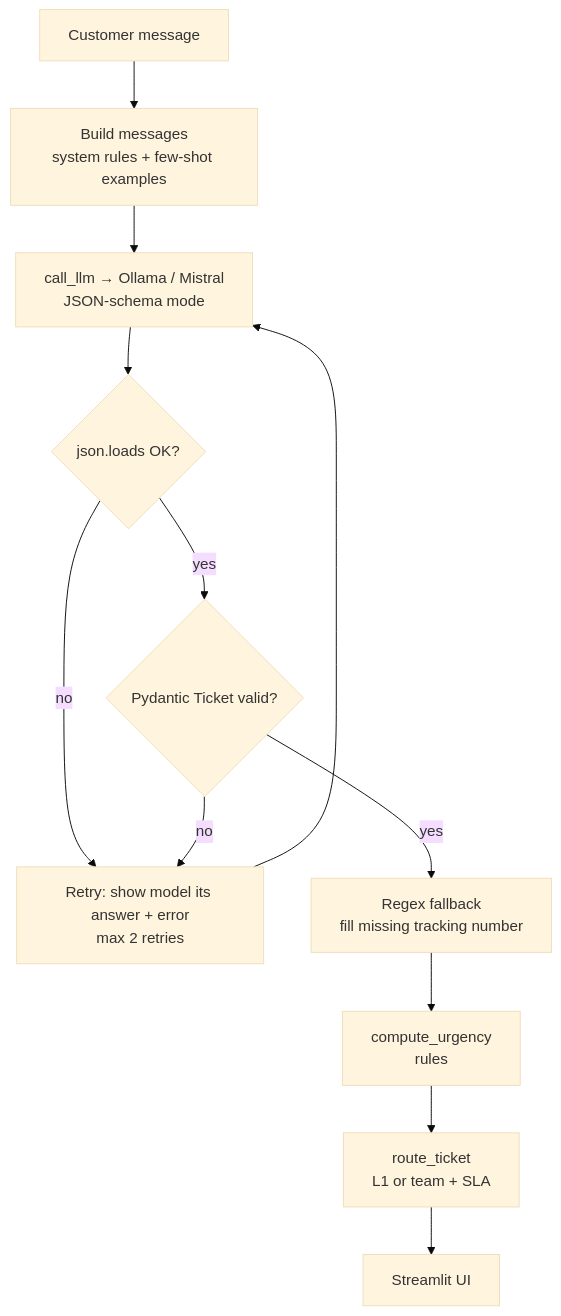
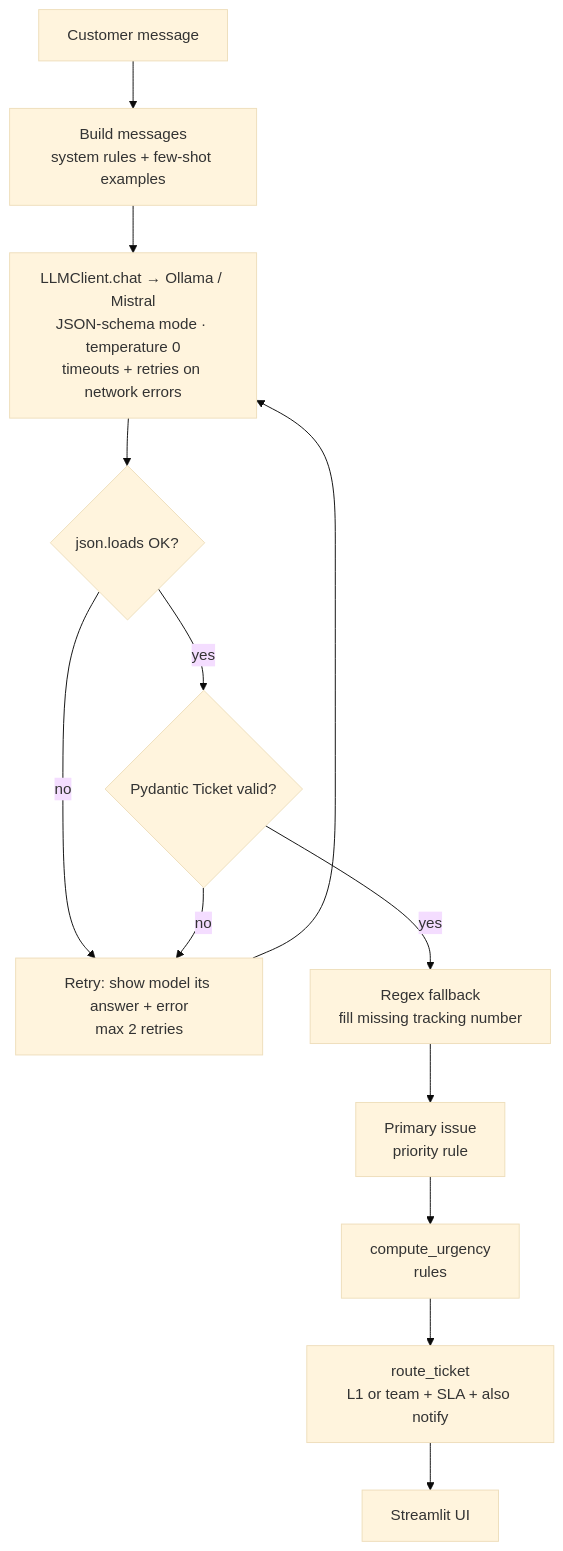
Before and after one commit to MahaSra1/ai-support-ticket-triage: the diagram in README.md, drawn with Mermaid (base theme). The commit also changed other lines of this file and 13 other files, not shown here.

Commit message:
Use LLMClient, add multi-issue tickets, unclear handling and latency metrics

````diff
--- a/README.md
+++ b/README.md
@@ -46,14 +51,15 @@
 ```mermaid
 flowchart TD
     A[Customer message] --> B[Build messages<br/>system rules + few-shot examples]
-    B --> C[call_llm → Ollama / Mistral<br/>JSON-schema mode]
+    B --> C[LLMClient.chat → Ollama / Mistral<br/>JSON-schema mode · temperature 0<br/>timeouts + retries on network errors]
     C --> D{json.loads OK?}
     D -- no --> R[Retry: show model its answer + error<br/>max 2 retries]
     D -- yes --> E{Pydantic Ticket valid?}
     E -- no --> R
     R --> C
     E -- yes --> F[Regex fallback<br/>fill missing tracking number]
-    F --> G[compute_urgency<br/>rules]
-    G --> H[route_ticket<br/>L1 or team + SLA]
+    F --> P[Primary issue<br/>priority rule]
+    P --> G[compute_urgency<br/>rules]
+    G --> H[route_ticket<br/>L1 or team + SLA + also notify]
     H --> I[Streamlit UI]
 ```
````
